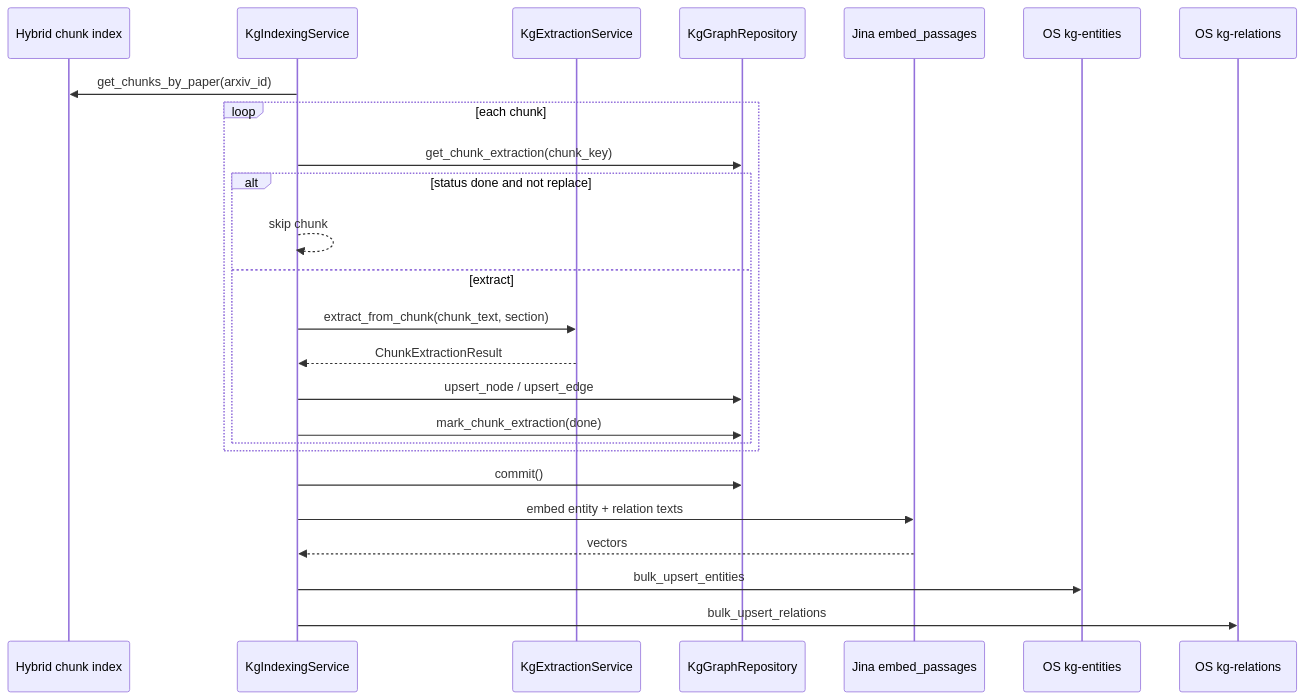
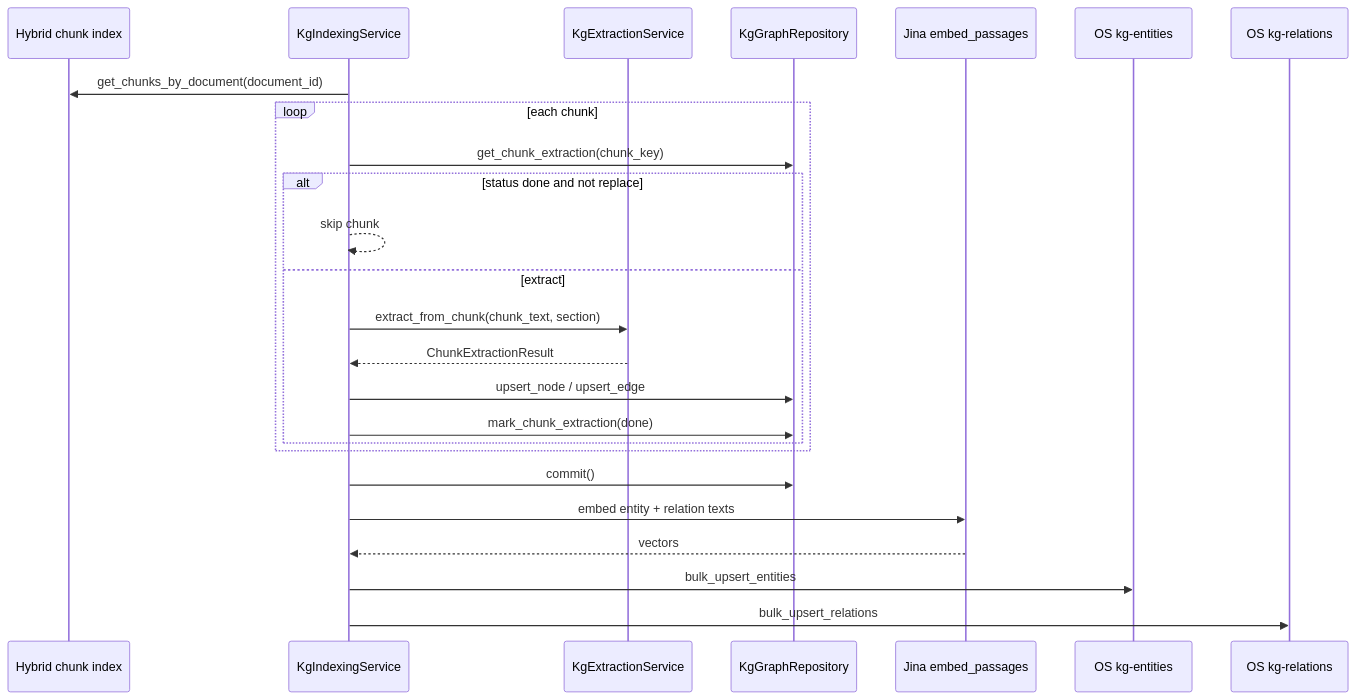
One commit to apssouza22/production-rag changed the fourth of 11 diagrams in docs/knowledge-graph.md. Above: the diagram before and after it, drawn with Mermaid. The commit also changed other lines of this file and 23 other files, not shown here.

````diff
--- a/docs/knowledge-graph.md
+++ b/docs/knowledge-graph.md
@@ -216,28 +216,28 @@
 ```mermaid
 sequenceDiagram
     participant OS as Hybrid chunk index
     participant IDX as KgIndexingService
     participant LLM as KgExtractionService
     participant PG as KgGraphRepository
     participant Jina as Jina embed_passages
     participant KGE as OS kg-entities
     participant KGR as OS kg-relations
 
-    IDX->>OS: get_chunks_by_paper(arxiv_id)
+    IDX->>OS: get_chunks_by_document(document_id)
     loop each chunk
         IDX->>PG: get_chunk_extraction(chunk_key)
         alt status done and not replace
             IDX-->>IDX: skip chunk
         else extract
             IDX->>LLM: extract_from_chunk(chunk_text, section)
             LLM-->>IDX: ChunkExtractionResult
             IDX->>PG: upsert_node / upsert_edge
             IDX->>PG: mark_chunk_extraction(done)
         end
     end
     IDX->>PG: commit()
     IDX->>Jina: embed entity + relation texts
     Jina-->>IDX: vectors
     IDX->>KGE: bulk_upsert_entities
     IDX->>KGR: bulk_upsert_relations
 ```
````
